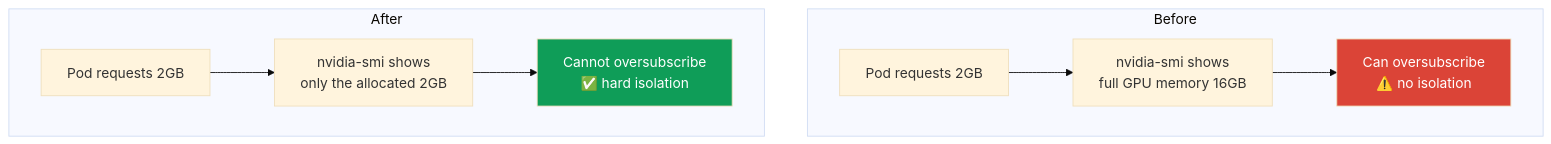
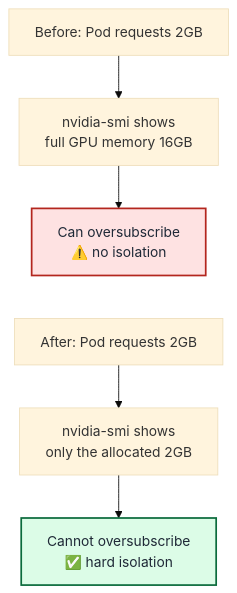
One commit to Project-HAMi/website changed the second of 3 diagrams in blog/hami-core-adopted-by-nvidia-kai-scheduler/index.md. Above: the diagram before and after it, drawn with Mermaid (base theme). The commit also changed other lines of this file and 1 other file, not shown here.

Commit message:
fix: update mermaid diagrams for clarity and consistency in KAI Scheduler integration

````diff
--- a/blog/hami-core-adopted-by-nvidia-kai-scheduler/index.md
+++ b/blog/hami-core-adopted-by-nvidia-kai-scheduler/index.md
@@ -97,15 +86,13 @@
 ```mermaid
 %% title: GPU Memory Isolation: Before vs After HAMi
 graph TD
-    subgraph Before
-        A1[Pod requests 2GB] --> A2["nvidia-smi shows<br/>full GPU memory 16GB"]
-        A2 --> A3["Can oversubscribe<br/>⚠️ no isolation"]
-    end
-    subgraph After
-        B1[Pod requests 2GB] --> B2["nvidia-smi shows<br/>only the allocated 2GB"]
-        B2 --> B3["Cannot oversubscribe<br/>✅ hard isolation"]
-    end
+    A1["Before: Pod requests 2GB"] --> A2["nvidia-smi shows<br/>full GPU memory 16GB"]
+    A2 --> A3["Can oversubscribe<br/>⚠️ no isolation"]
 
-    style A3 fill:#db4437,color:#fff
-    style B3 fill:#0f9d58,color:#fff
+    B1["After: Pod requests 2GB"] --> B2["nvidia-smi shows<br/>only the allocated 2GB"]
+    B2 --> B3["Cannot oversubscribe<br/>✅ hard isolation"]
+
+    A3 ~~~ B1
+    style A3 fill:#fee2e2,stroke:#b3261e,stroke-width:2px,color:#1f2937
+    style B3 fill:#dcfce7,stroke:#0b6b3c,stroke-width:2px,color:#1f2937
 ```
````
